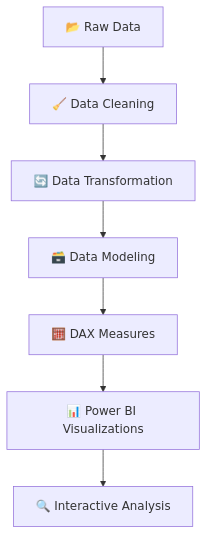
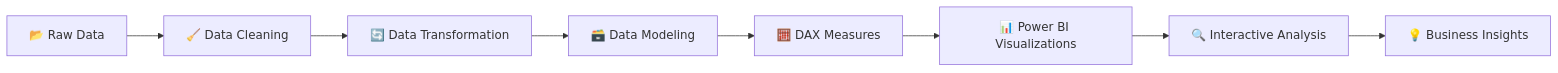
One commit to tanishakumari939-alt/End-to-End-Supply-Chain-Inventory-Analysis changed the diagram in README.md. Above: the diagram before and after it, drawn with Mermaid. The commit also changed other lines of this file, not shown here.

`````diff
--- a/README.md
+++ b/README.md
@@ -152,9 +195,10 @@
 ```mermaid
-flowchart TD
+flowchart LR
     A[📂 Raw Data] --> B[🧹 Data Cleaning]
     B --> C[🔄 Data Transformation]
     C --> D[🗃️ Data Modeling]
     D --> E[🧮 DAX Measures]
     E --> F[📊 Power BI Visualizations]
     F --> G[🔍 Interactive Analysis]
+    G --> H[💡 Business Insights]
 ````
`````
